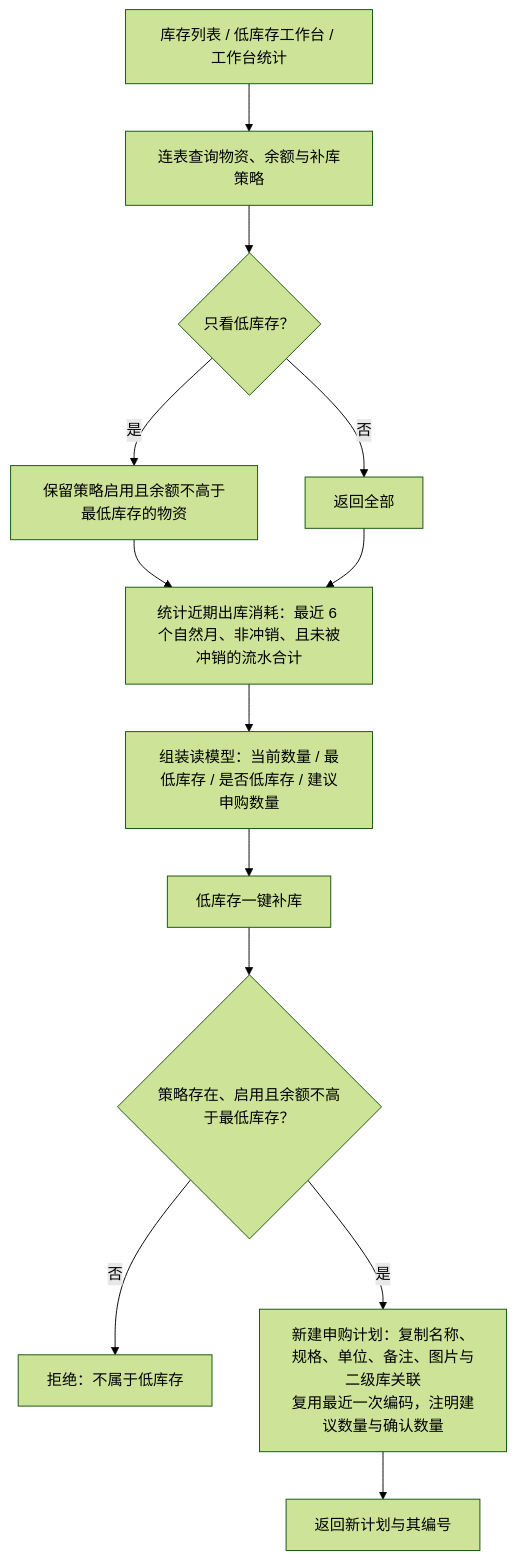
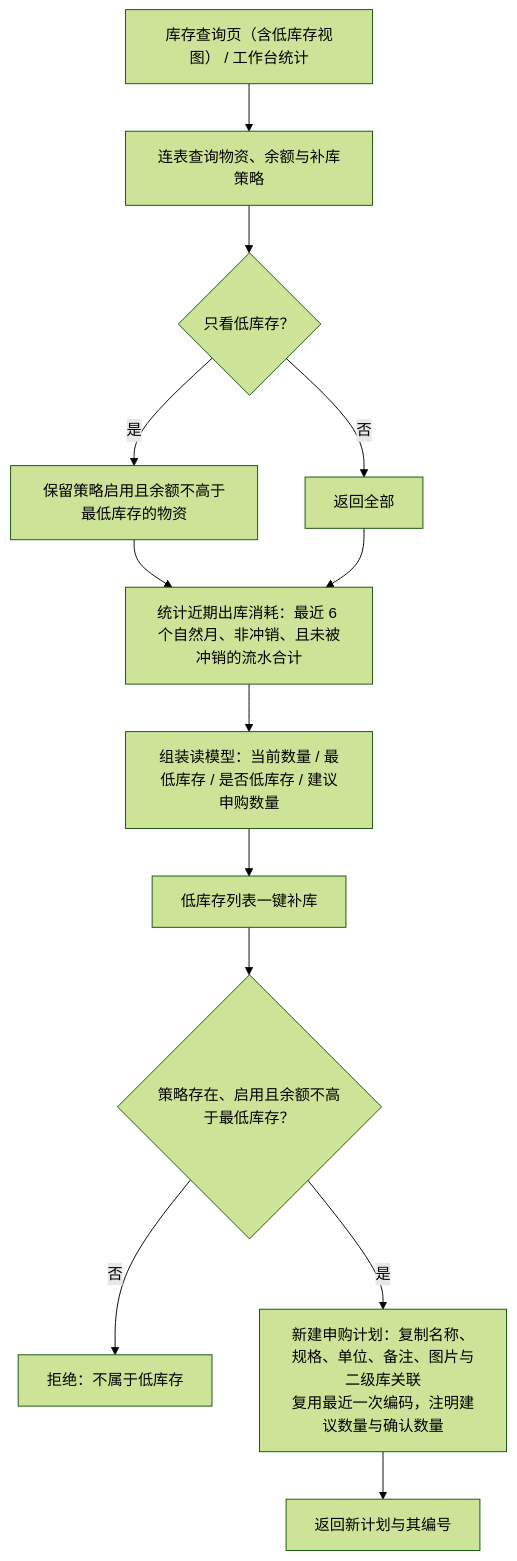
One commit to Sakana-1314/Electrical-Manager changed diagram 11 of 29 in docs/websites/pages/dev-flows.md. Above: the diagram before and after it, drawn with Mermaid (forest theme). The commit also changed other lines of this file and 7 other files, not shown here.

````diff
--- a/docs/websites/pages/dev-flows.md
+++ b/docs/websites/pages/dev-flows.md
@@ -174,15 +174,15 @@
 ```mermaid
 flowchart TD
-    A["库存列表 / 低库存工作台 / 工作台统计"] --> B["连表查询物资、余额与补库策略"]
+    A["库存查询页（含低库存视图） / 工作台统计"] --> B["连表查询物资、余额与补库策略"]
     B --> C{"只看低库存？"}
     C -- "是" --> D["保留策略启用且余额不高于最低库存的物资"]
     C -- "否" --> E["返回全部"]
     D --> F["统计近期出库消耗：最近 6 个自然月、非冲销、且未被冲销的流水合计"]
     E --> F
     F --> G["组装读模型：当前数量 / 最低库存 / 是否低库存 / 建议申购数量"]
-    G --> H["低库存一键补库"]
+    G --> H["低库存列表一键补库"]
     H --> I{"策略存在、启用且余额不高于最低库存？"}
     I -- "否" --> J["拒绝：不属于低库存"]
     I -- "是" --> K["新建申购计划：复制名称、规格、单位、备注、图片与二级库关联<br/>复用最近一次编码，注明建议数量与确认数量"]
     K --> L["返回新计划与其编号"]
 ```
````
